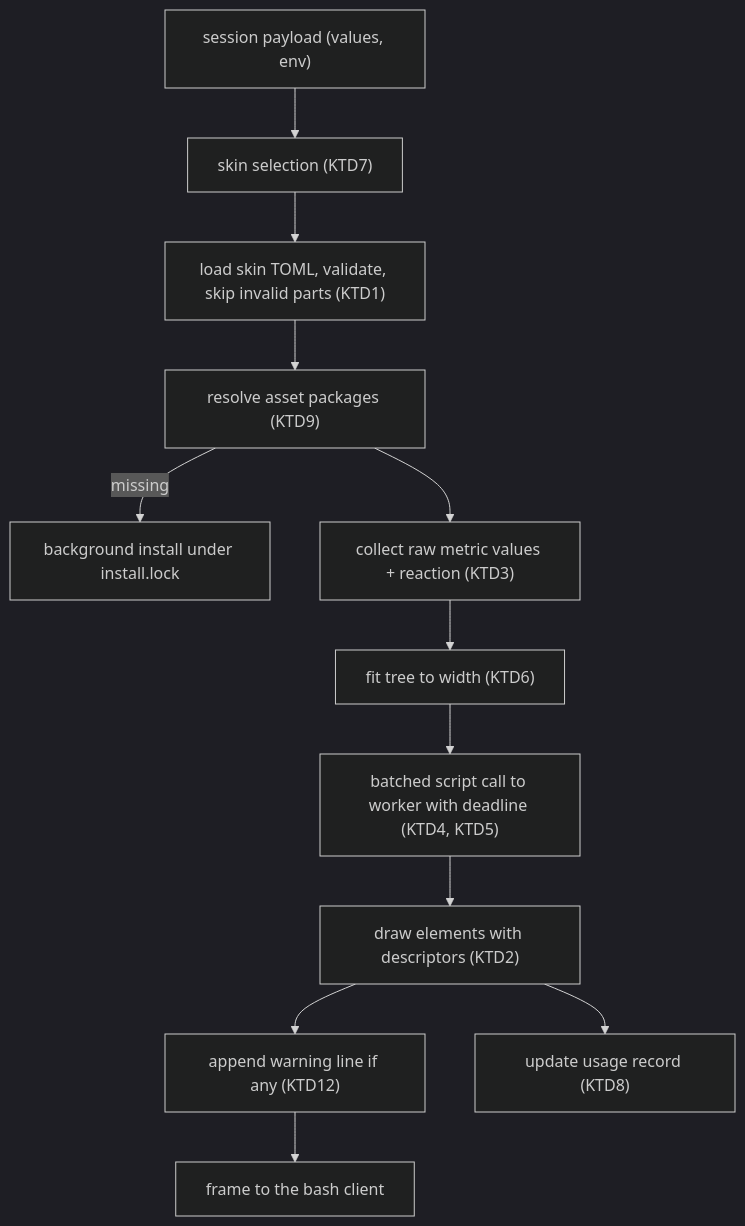
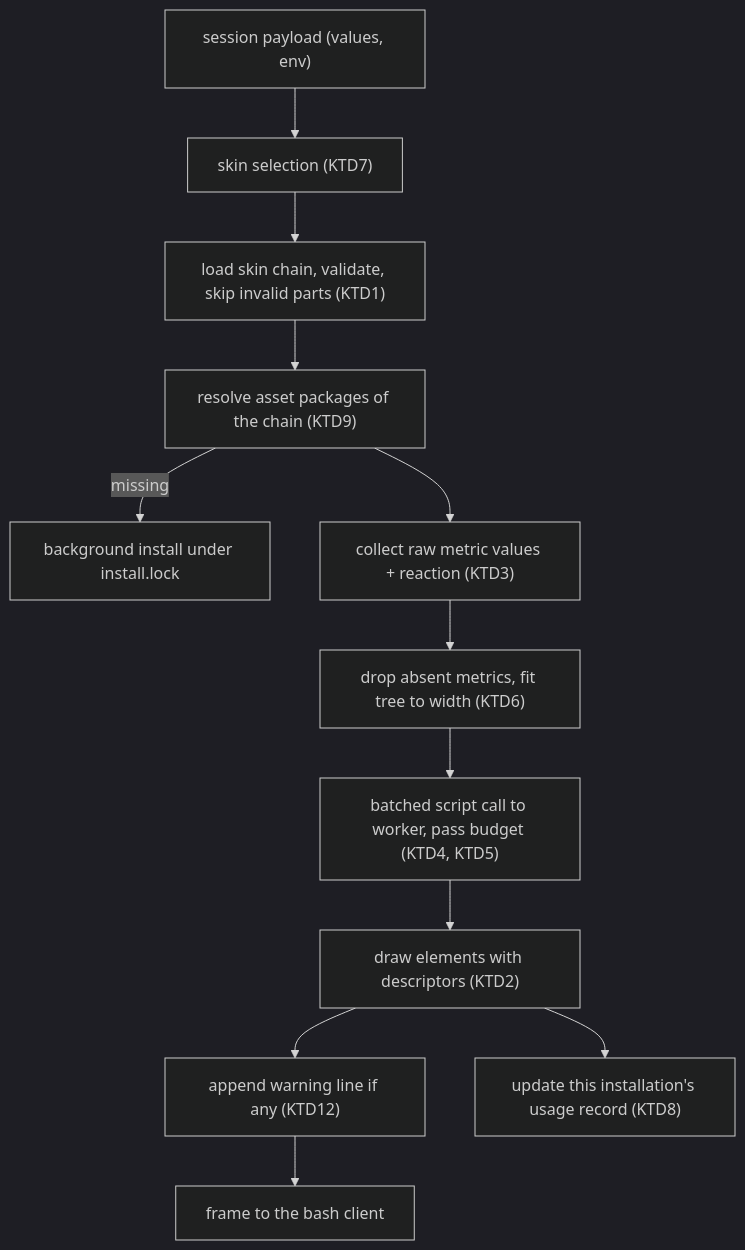
One commit to 99LevelsUp/claude-doom-statusbar changed the second of 4 diagrams in docs/plans/2026-11-16-1247-feat-game-as-skin-plan.md. Above: the diagram before and after it, drawn with Mermaid (dark theme). The commit also changed other lines of this file, not shown here.

````diff
--- a/docs/plans/2026-11-16-1247-feat-game-as-skin-plan.md
+++ b/docs/plans/2026-11-16-1247-feat-game-as-skin-plan.md
@@ -236,14 +277,14 @@
 ```mermaid
 flowchart TB
   payload["session payload (values, env)"] --> select["skin selection (KTD7)"]
-  select --> load["load skin TOML, validate, skip invalid parts (KTD1)"]
-  load --> resolve["resolve asset packages (KTD9)"]
+  select --> load["load skin chain, validate, skip invalid parts (KTD1)"]
+  load --> resolve["resolve asset packages of the chain (KTD9)"]
   resolve -->|missing| bg["background install under install.lock"]
   resolve --> collect["collect raw metric values + reaction (KTD3)"]
-  collect --> fit["fit tree to width (KTD6)"]
-  fit --> scripts["batched script call to worker with deadline (KTD4, KTD5)"]
+  collect --> fit["drop absent metrics, fit tree to width (KTD6)"]
+  fit --> scripts["batched script call to worker, pass budget (KTD4, KTD5)"]
   scripts --> draw["draw elements with descriptors (KTD2)"]
   draw --> warn["append warning line if any (KTD12)"]
   warn --> frame["frame to the bash client"]
-  draw --> usage["update usage record (KTD8)"]
+  draw --> usage["update this installation's usage record (KTD8)"]
 ```
````
